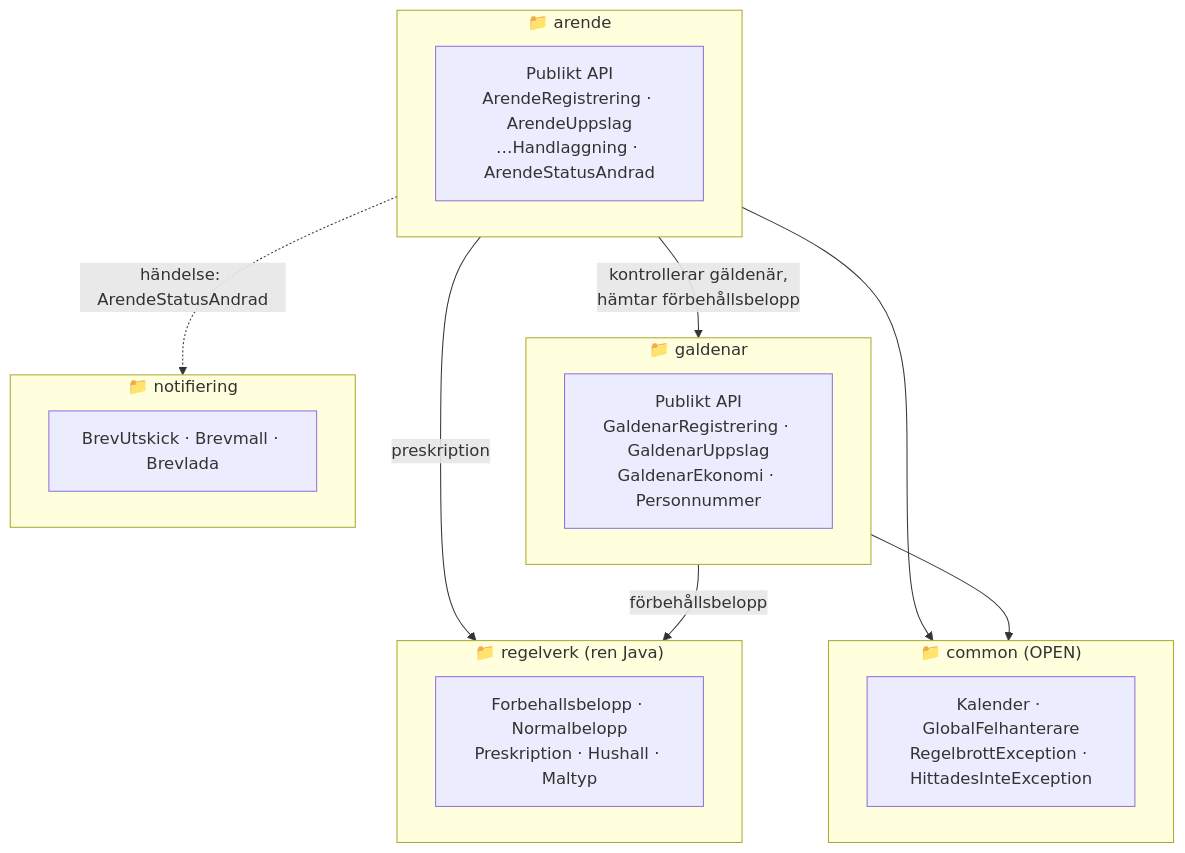
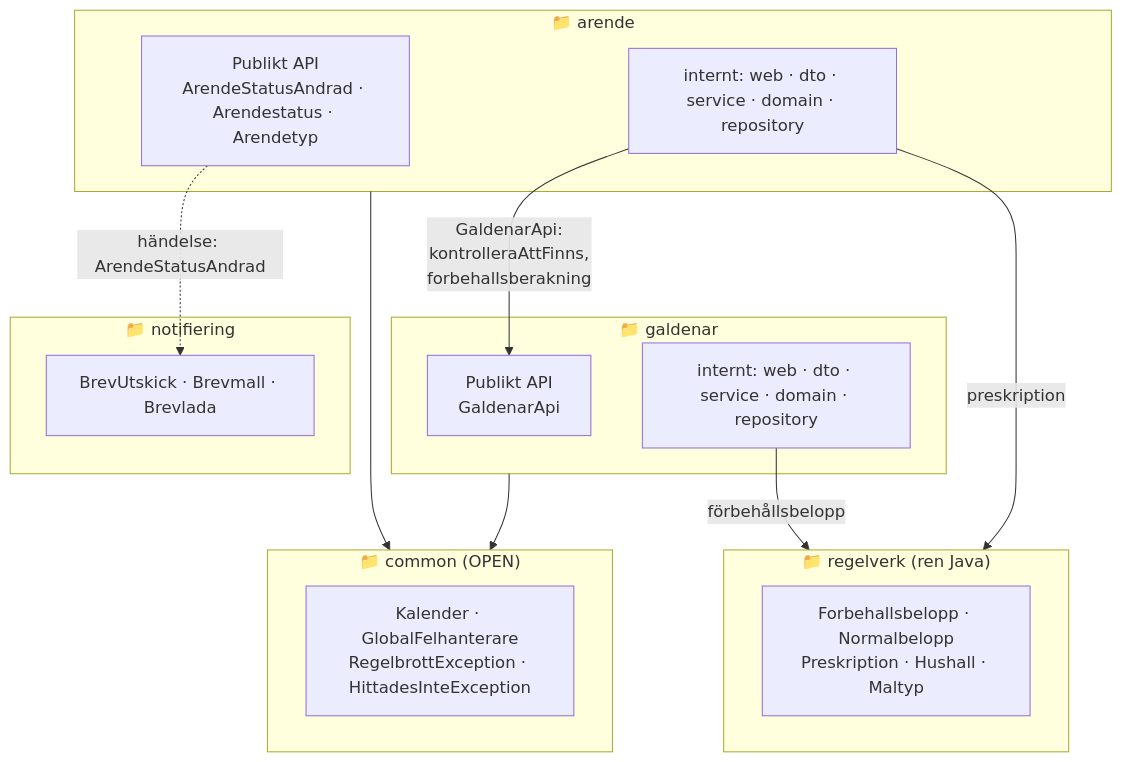
One commit to JudyTutala95/skuld-handlaggning changed the second of 14 diagrams in docs/diagram.md. Above: the diagram before and after it, drawn with Mermaid. The commit also changed other lines of this file and 127 other files, not shown here.

First line of the commit message:
Inför lagren controller → service → repository i varje modul

````diff
--- a/docs/diagram.md
+++ b/docs/diagram.md
@@ -54,29 +55,31 @@
 ```mermaid
 flowchart TB
     subgraph arende["📁 arende"]
-        A_API["Publikt API<br/>ArendeRegistrering · ArendeUppslag<br/>…Handlaggning · ArendeStatusAndrad"]
+        A_API["Publikt API<br/>ArendeStatusAndrad · Arendestatus · Arendetyp"]
+        A_INT["internt: web · dto · service · domain · repository"]
     end
 
     subgraph galdenar["📁 galdenar"]
-        G_API["Publikt API<br/>GaldenarRegistrering · GaldenarUppslag<br/>GaldenarEkonomi · Personnummer"]
+        G_API["Publikt API<br/>GaldenarApi"]
+        G_INT["internt: web · dto · service · domain · repository"]
     end
 
     subgraph regelverk["📁 regelverk (ren Java)"]
         R_API["Forbehallsbelopp · Normalbelopp<br/>Preskription · Hushall · Maltyp"]
     end
 
     subgraph notifiering["📁 notifiering"]
         N["BrevUtskick · Brevmall · Brevlada"]
     end
 
     subgraph common["📁 common (OPEN)"]
         C["Kalender · GlobalFelhanterare<br/>RegelbrottException · HittadesInteException"]
     end
 
-    arende -->|"kontrollerar gäldenär,<br/>hämtar förbehållsbelopp"| galdenar
-    arende -->|preskription| regelverk
-    galdenar -->|förbehållsbelopp| regelverk
-    arende -. "händelse: ArendeStatusAndrad" .-> notifiering
+    A_INT -->|"GaldenarApi:<br/>kontrolleraAttFinns,<br/>forbehallsberakning"| G_API
+    A_INT -->|preskription| regelverk
+    G_INT -->|förbehållsbelopp| regelverk
+    A_API -. "händelse: ArendeStatusAndrad" .-> N
     arende --> common
     galdenar --> common
 ```
````
